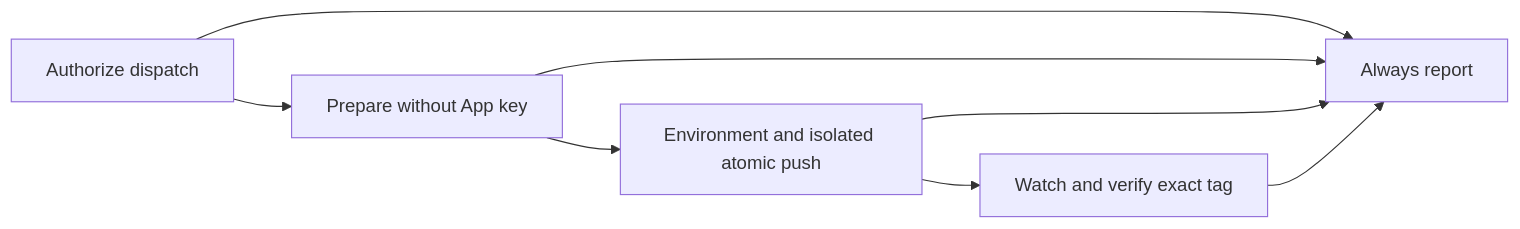
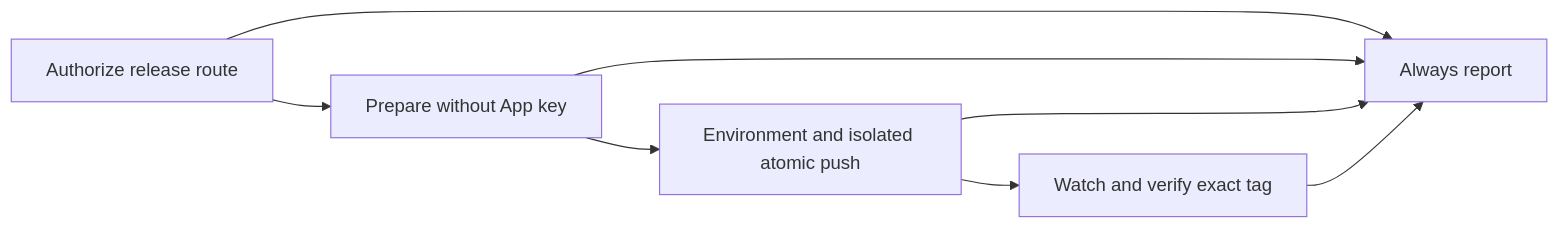
The diagram in adr/3512-release-automation.md (vtmocanu/uzi), drawn with Mermaid before and after one commit. The commit also changed other lines of this file and 8 other files, not shown here.

````diff
--- a/adr/3512-release-automation.md
+++ b/adr/3512-release-automation.md
@@ -40,10 +44,10 @@
 ```mermaid
 flowchart LR
-  A[Authorize dispatch] --> B[Prepare without App key]
+  A[Authorize release route] --> B[Prepare without App key]
   B --> C[Environment and isolated atomic push]
   C --> D[Watch and verify exact tag]
   A --> E[Always report]
   B --> E
   C --> E
   D --> E
 ```
````
